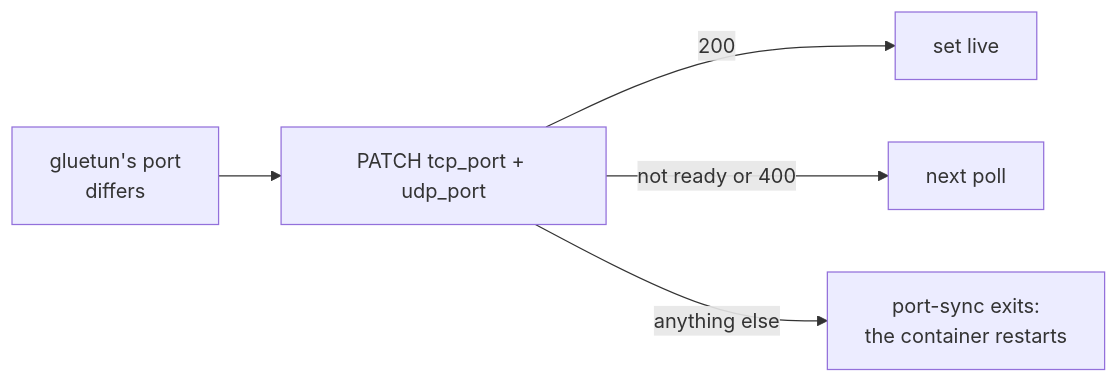
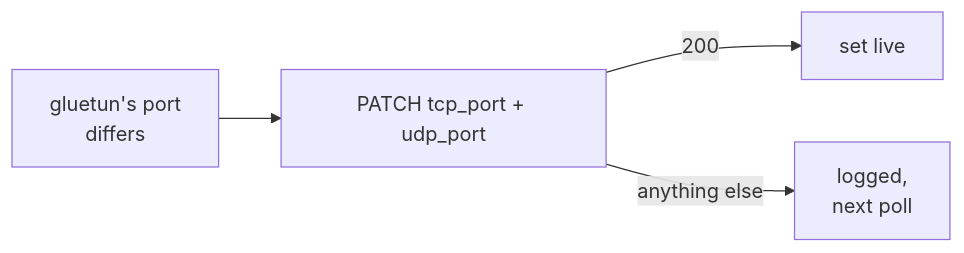
One commit to mission-titar/p2pwatch changed diagram 11 of 12 in docs/contributing/architecture.md. Above: the diagram before and after it, drawn with Mermaid. The commit also changed other lines of this file and 7 other files, not shown here.

First line of the commit message:
fix(amule): every port-sync round's error logged with its trace and retried at the next poll

````diff
--- a/docs/contributing/architecture.md
+++ b/docs/contributing/architecture.md
@@ -682,7 +682,6 @@
 ```mermaid
 flowchart LR
   g["gluetun's port<br/>differs"] --> p["PATCH tcp_port + udp_port"]
   p -->|"200"| ok["set live"]
-  p -->|"not ready or 400"| n["next poll"]
-  p -->|"anything else"| x["port-sync exits:<br/>the container restarts"]
+  p -->|"anything else"| n["logged,<br/>next poll"]
 ```
````
